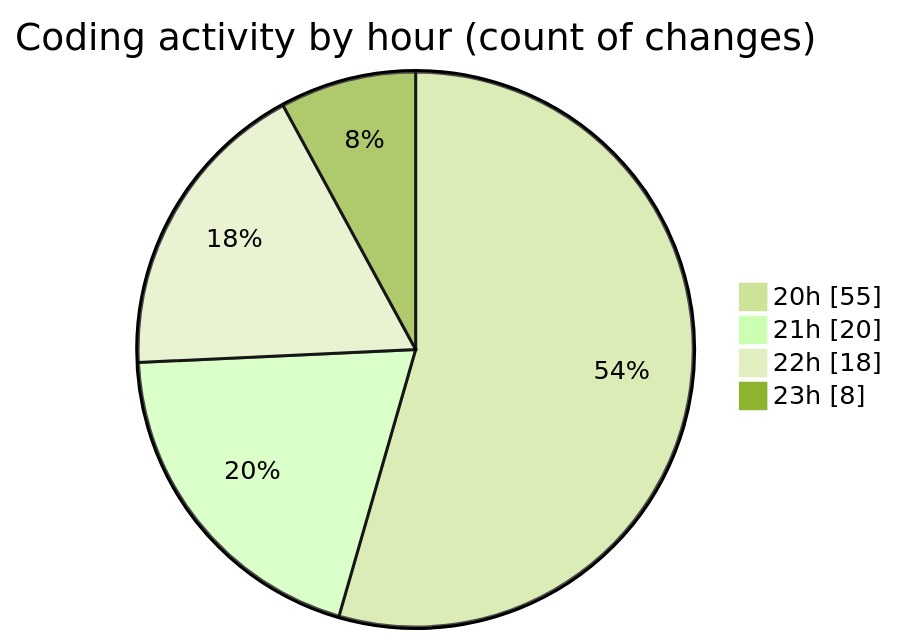
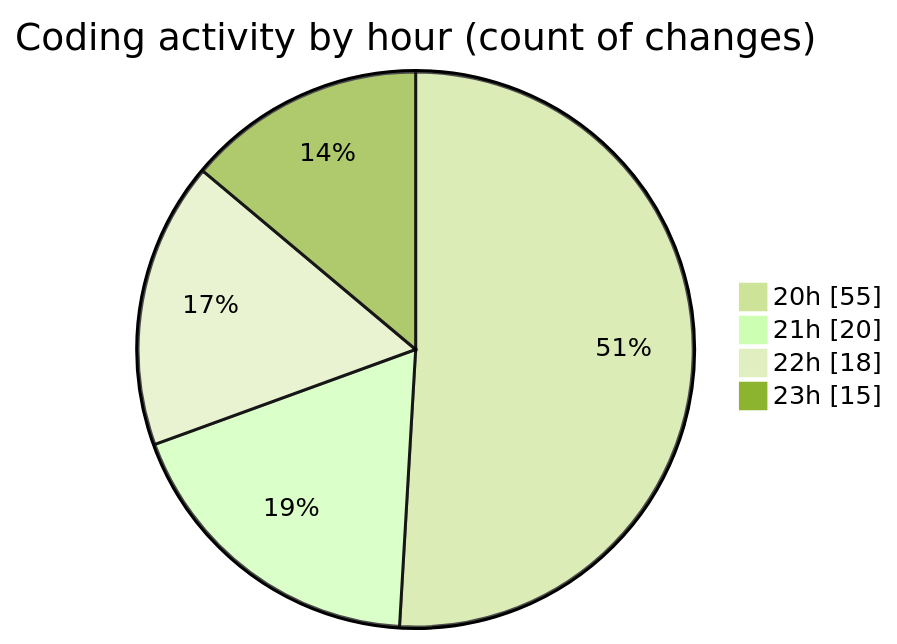
One commit to lephambinh05/code-tracking changed the second of 2 diagrams in 2025-09-01/20m/README.md. Above: the diagram before and after it, drawn with Mermaid (forest theme). The commit also changed other lines of this file and 1 other file, not shown here.

````diff
--- a/2025-09-01/20m/README.md
+++ b/2025-09-01/20m/README.md
@@ -69,8 +69,8 @@
 ```mermaid
 pie showData
 title Coding activity by hour (count of changes)
 "20h" : 55
 "21h" : 20
 "22h" : 18
-"23h" : 8
+"23h" : 15
 ```
````
